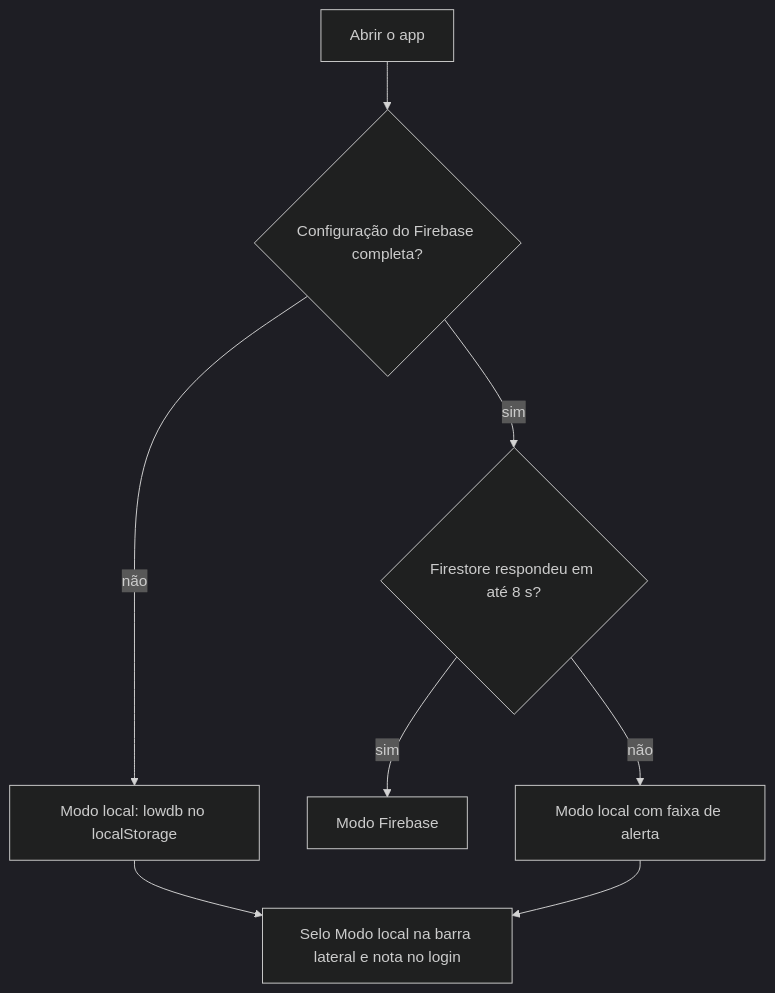
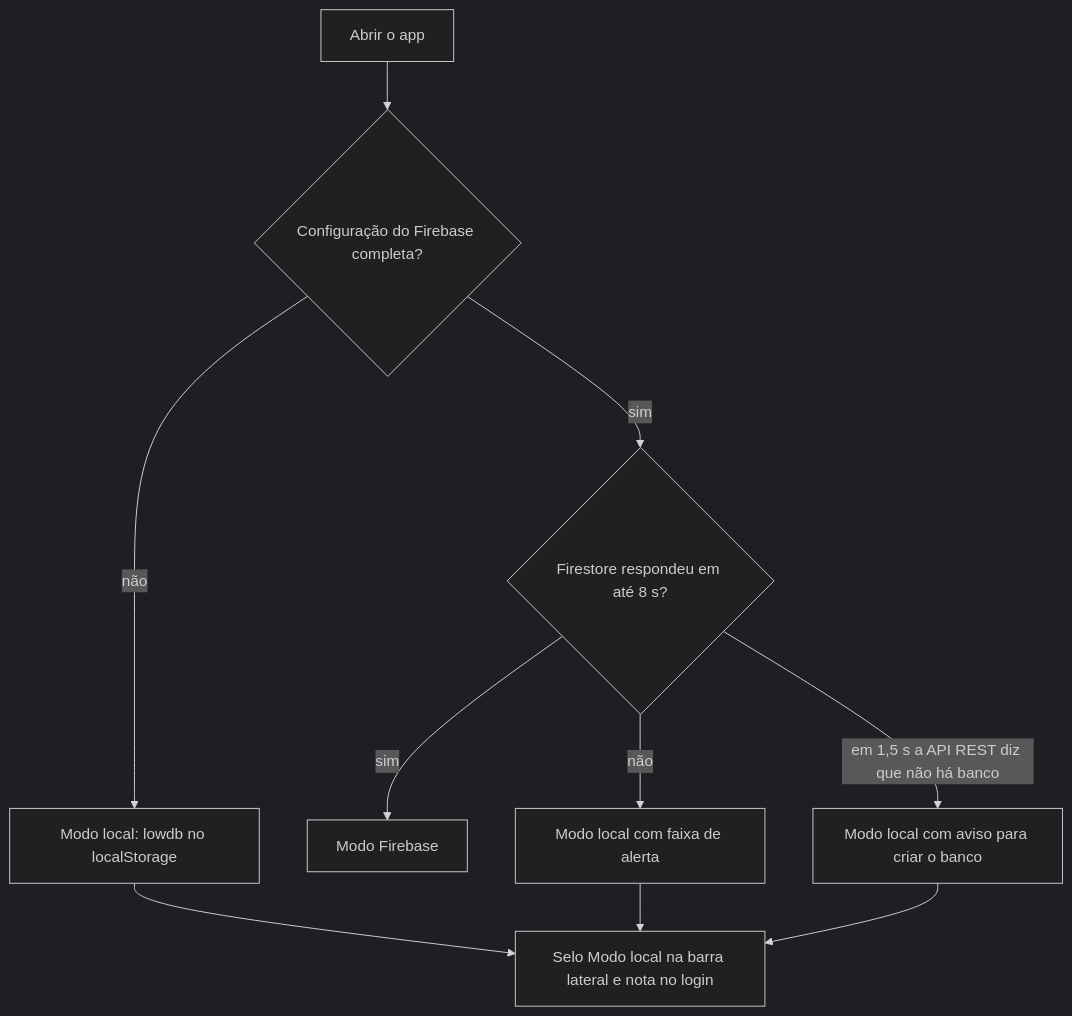
One commit to RuanPS01/open-task-tracker changed the first of 7 diagrams in docs/07-fluxos-aplicacao.md. Above: the diagram before and after it, drawn with Mermaid (dark theme). The commit also changed other lines of this file and 18 other files, not shown here.

````diff
--- a/docs/07-fluxos-aplicacao.md
+++ b/docs/07-fluxos-aplicacao.md
@@ -11,10 +11,12 @@
 ```mermaid
 flowchart TD
   A[Abrir o app] --> B{Configuração do Firebase completa?}
   B -- não --> L[Modo local: lowdb no localStorage]
   B -- sim --> C{Firestore respondeu em até 8 s?}
   C -- sim --> F[Modo Firebase]
   C -- não --> Q[Modo local com faixa de alerta]
+  C -- "em 1,5 s a API REST diz que não há banco" --> M[Modo local com aviso para criar o banco]
   L --> S[Selo Modo local na barra lateral e nota no login]
   Q --> S
+  M --> S
 ```
````
